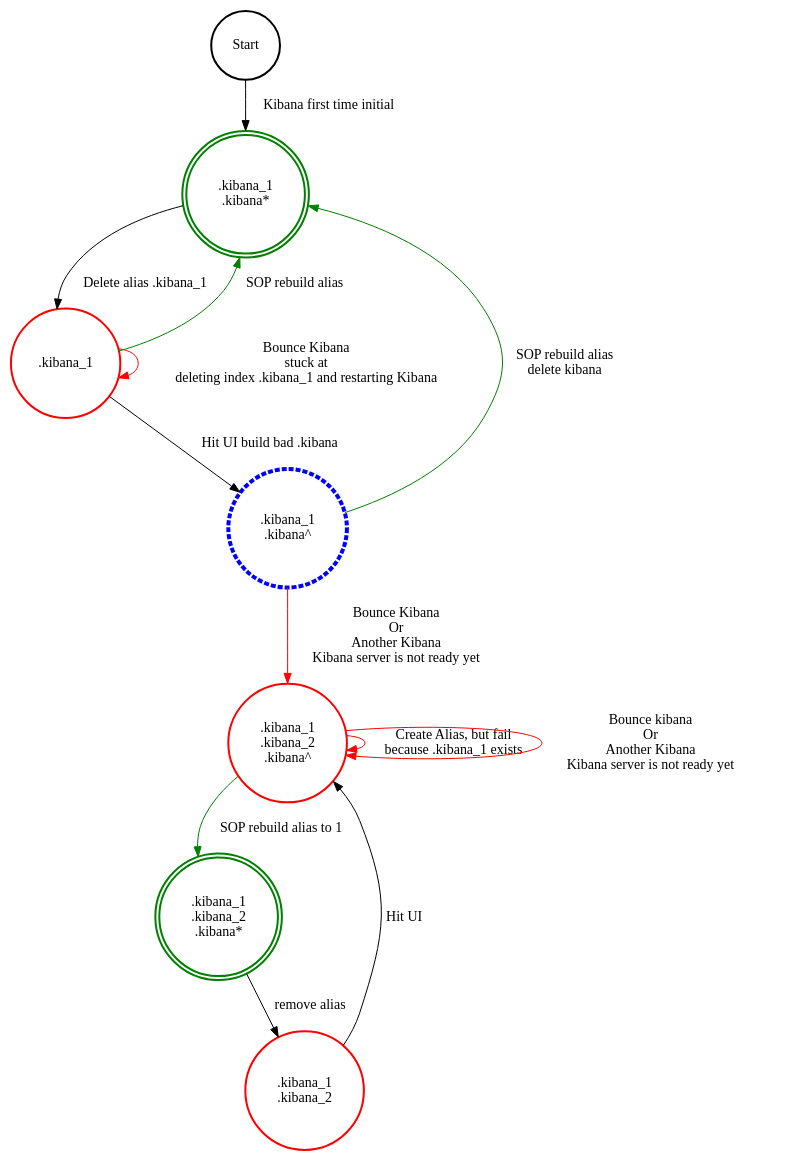
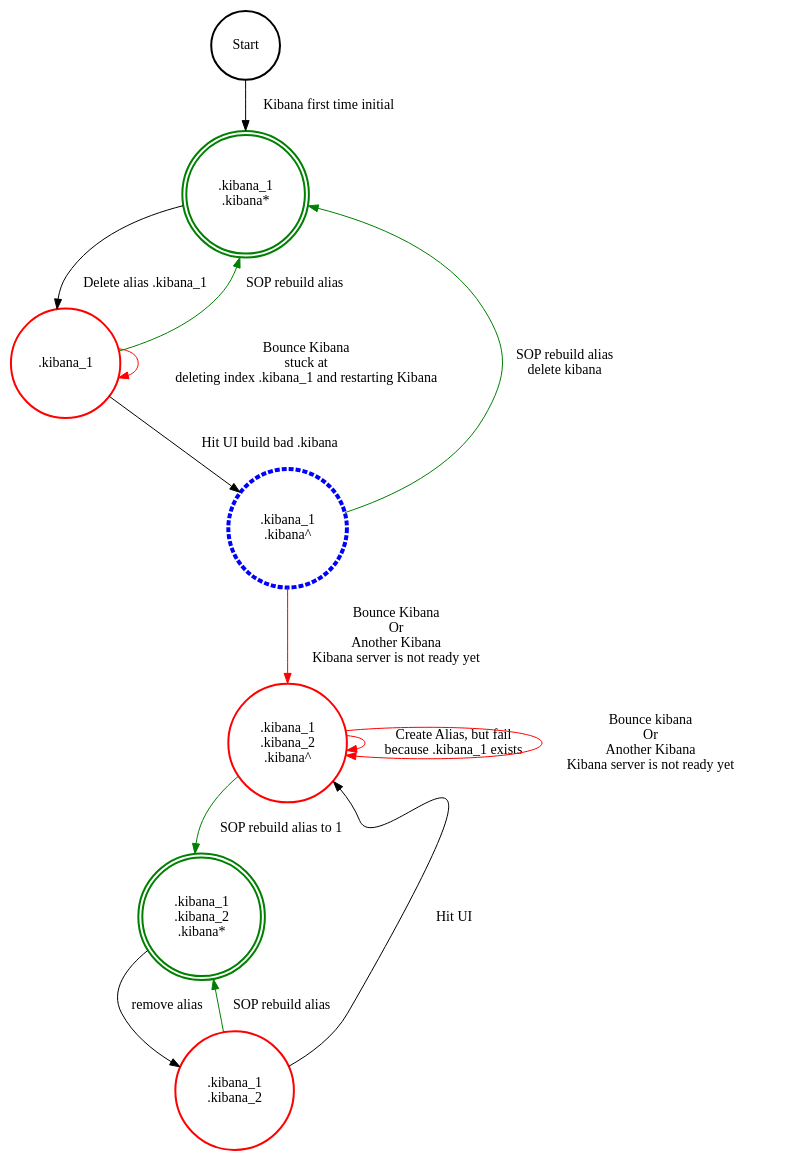
Before and after one commit to seraphjiang/kibana-ops-toolkit: the diagram in transition.dot, drawn with Graphviz. The commit also changed 5 other files, not shown here.

```diff
--- a/transition.dot
+++ b/transition.dot
@@ -1,25 +1,26 @@
 digraph kibana_finite_state_machine {
     # rankdir=LR;
     # ratio = auto
     # overlap=prism
     # overlap_scaling=0.1
     size=auto
     node [penwidth = 2]
     node [shape = doublecircle, color=green]; ".kibana_1\n.kibana*" ".kibana_1\n.kibana_2\n.kibana*"
     node [shape = circle, color=red]; ".kibana_1" ".kibana_1\n.kibana_2\n.kibana^" ".kibana_1\n.kibana_2"
     node [shape = circle, color=black]; Start
     node [shape = circle, color=blue, style=dashed, penwidth=4]; ".kibana_1\n.kibana^" 
 
     Start -> ".kibana_1\n.kibana*" [ label = "Kibana first time initial" ];
     ".kibana_1\n.kibana*"-> ".kibana_1" [ label = "Delete alias .kibana_1" ];
     ".kibana_1" -> ".kibana_1\n.kibana^" [label = "Hit UI build bad .kibana"];
     ".kibana_1\n.kibana^" -> ".kibana_1\n.kibana*" [label = "SOP rebuild alias\ndelete kibana" color=green]
     ".kibana_1" -> ".kibana_1" [label = "Bounce Kibana\nstuck at\ndeleting index .kibana_1 and restarting Kibana" color=red]
     ".kibana_1" -> ".kibana_1\n.kibana*" [label = "SOP rebuild alias" color=green]
     ".kibana_1\n.kibana^" -> ".kibana_1\n.kibana_2\n.kibana^" [ label = "Bounce Kibana\nOr\nAnother Kibana\nKibana server is not ready yet" color = red]
     ".kibana_1\n.kibana_2\n.kibana^" -> ".kibana_1\n.kibana_2\n.kibana^" [ label = "Create Alias, but fail\nbecause .kibana_1 exists" color =red ]
     ".kibana_1\n.kibana_2\n.kibana^" -> ".kibana_1\n.kibana_2\n.kibana*" [label="SOP rebuild alias to 1" color=green]
     ".kibana_1\n.kibana_2\n.kibana*" -> ".kibana_1\n.kibana_2" [label="remove alias"]
     ".kibana_1\n.kibana_2" -> ".kibana_1\n.kibana_2\n.kibana^" [label="Hit UI"]
     ".kibana_1\n.kibana_2\n.kibana^" -> ".kibana_1\n.kibana_2\n.kibana^" [label="Bounce kibana\nOr\nAnother Kibana\nKibana server is not ready yet" color = red]
+    ".kibana_1\n.kibana_2" -> ".kibana_1\n.kibana_2\n.kibana*" [label="SOP rebuild alias" color = green]
 }
```
